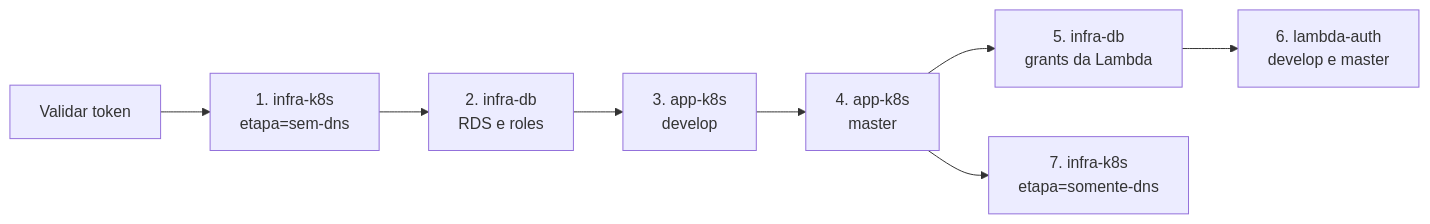
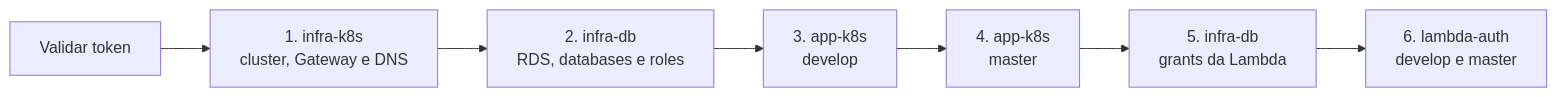
The second of 3 diagrams in README.md (euthribeiro/infra-k8s), drawn with Mermaid before and after one commit. The commit also changed other lines of this file and 13 other files, not shown here.

````diff
--- a/README.md
+++ b/README.md
@@ -170,10 +198,9 @@
 ```mermaid
 flowchart LR
-    V["Validar token"] --> K["1. infra-k8s<br/>etapa=sem-dns"]
-    K --> D["2. infra-db<br/>RDS e roles"]
+    V["Validar token"] --> K["1. infra-k8s<br/>cluster, Gateway e DNS"]
+    K --> D["2. infra-db<br/>RDS, databases e roles"]
     D --> H["3. app-k8s<br/>develop"]
     H --> P["4. app-k8s<br/>master"]
     P --> G["5. infra-db<br/>grants da Lambda"]
     G --> L["6. lambda-auth<br/>develop e master"]
-    P --> N["7. infra-k8s<br/>etapa=somente-dns"]
 ```
````
